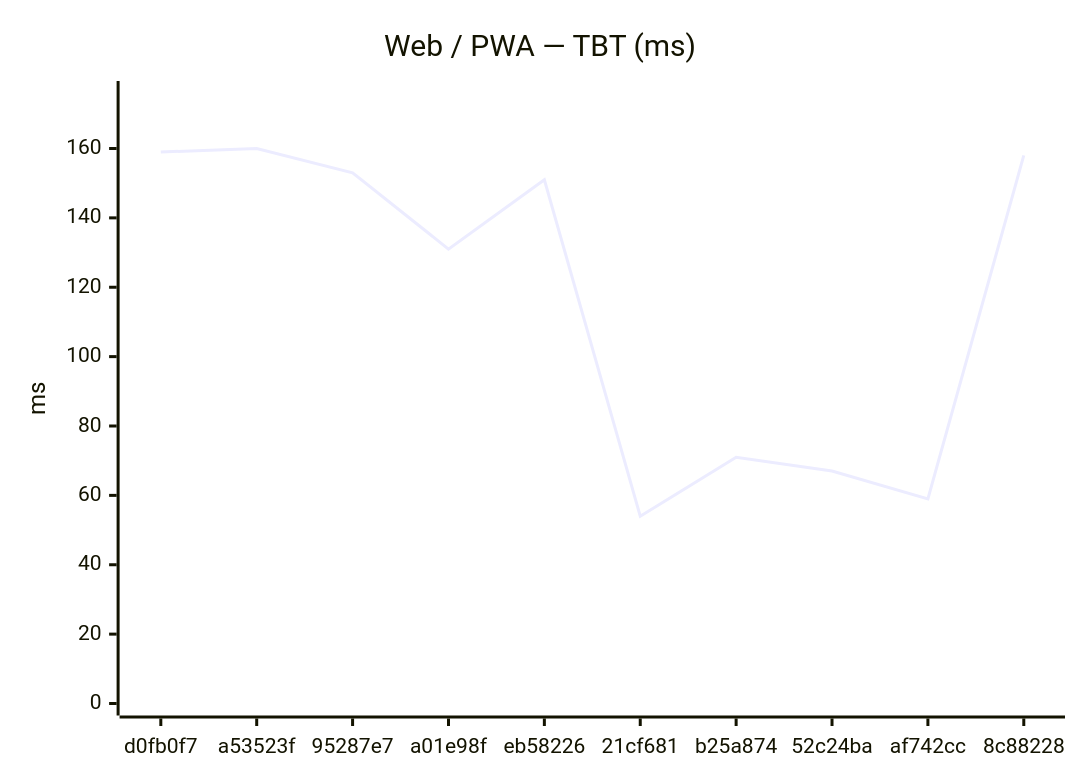
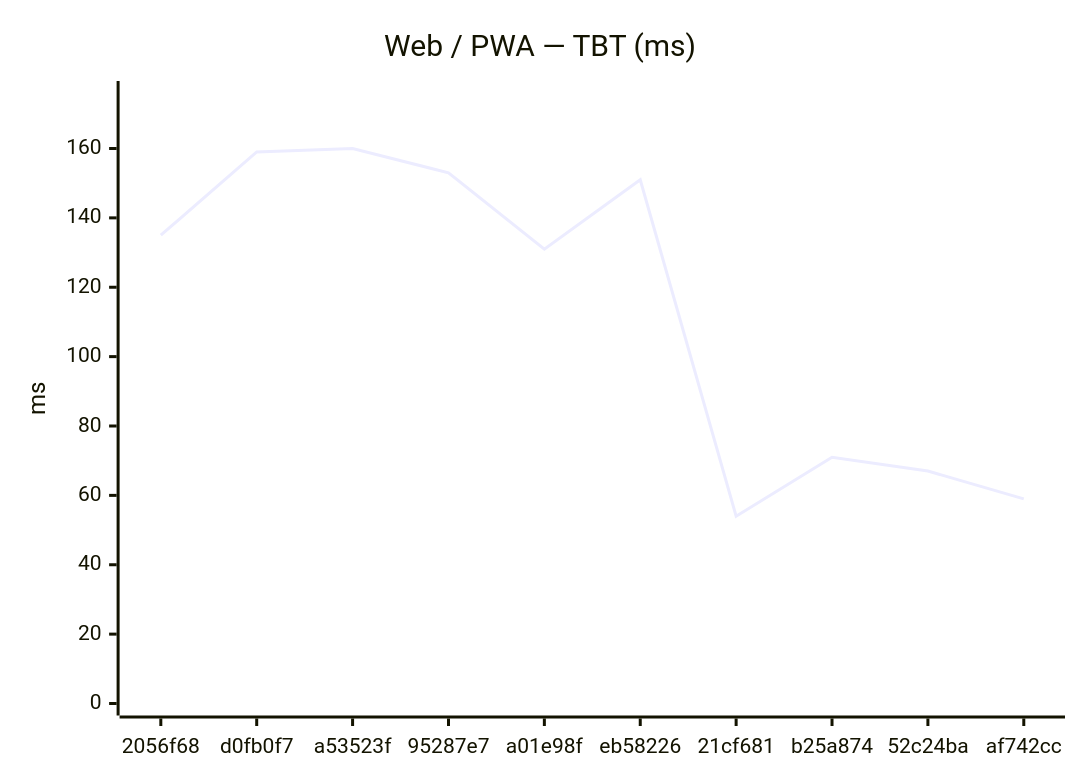
The second of 18 diagrams in benchmarks/compare.md (Metaheurist/Rianell), drawn with Mermaid before and after one commit. The commit also changed other lines of this file and 11 other files, not shown here.

````diff
--- a/benchmarks/compare.md
+++ b/benchmarks/compare.md
@@ -31,7 +31,7 @@
 ```mermaid
 xychart-beta
     title "Web / PWA — TBT (ms)"
-    x-axis ["d0fb0f7", "a53523f", "95287e7", "a01e98f", "eb58226", "21cf681", "b25a874", "52c24ba", "af742cc", "8c88228"]
+    x-axis ["2056f68", "d0fb0f7", "a53523f", "95287e7", "a01e98f", "eb58226", "21cf681", "b25a874", "52c24ba", "af742cc"]
     y-axis "ms" 0 --> 176
-    line [159, 160, 153, 131, 151, 54, 71, 67, 59, 158]
+    line [135, 159, 160, 153, 131, 151, 54, 71, 67, 59]
 ```
````
